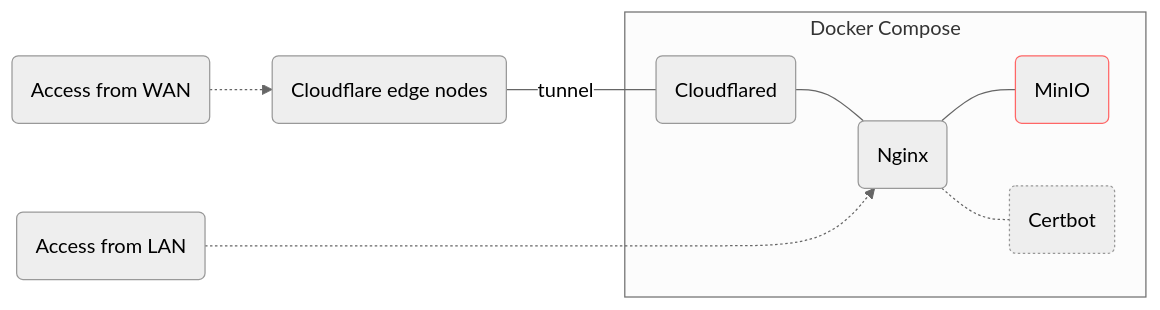
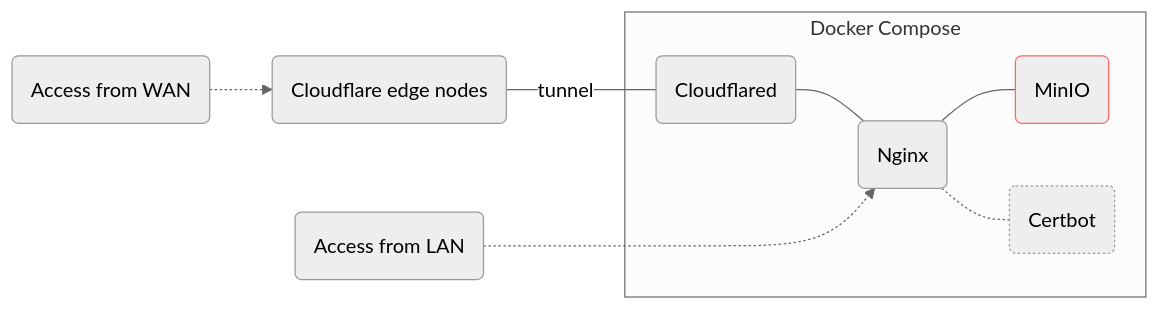
The diagram in README.md (whisperpine/minio-compose), drawn with Mermaid (neutral theme) before and after one commit. The commit also changed other lines of this file, not shown here.

````diff
--- a/README.md
+++ b/README.md
@@ -18,25 +23,25 @@
 ```mermaid
 flowchart LR
   pub("Access from WAN")
   private("Access from LAN")
   cf("Cloudflare edge nodes")
 
   pub -.-> cf
   cf ---|tunnel| cloudflared
 
   subgraph Docker Compose
     cloudflared("Cloudflared")
     nginx("Nginx")
     minio("MinIO"):::red_stroke
     certbot("Certbot")
 
     cloudflared --- nginx
     nginx --- minio
     nginx -.- certbot
   end
 
-  private -...-> nginx
+  private -..-> nginx
 
   classDef red_stroke stroke: #f66
   style certbot stroke-dasharray: 2
 ```
````
